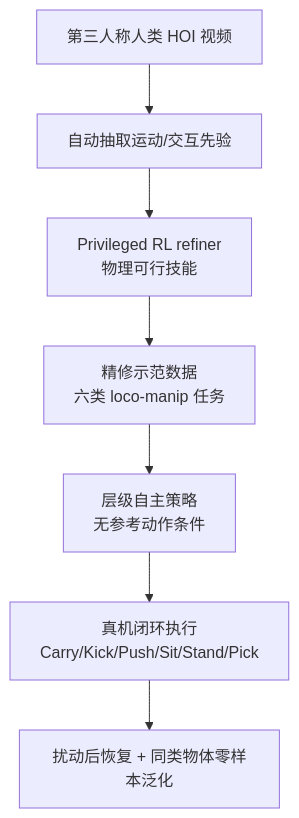
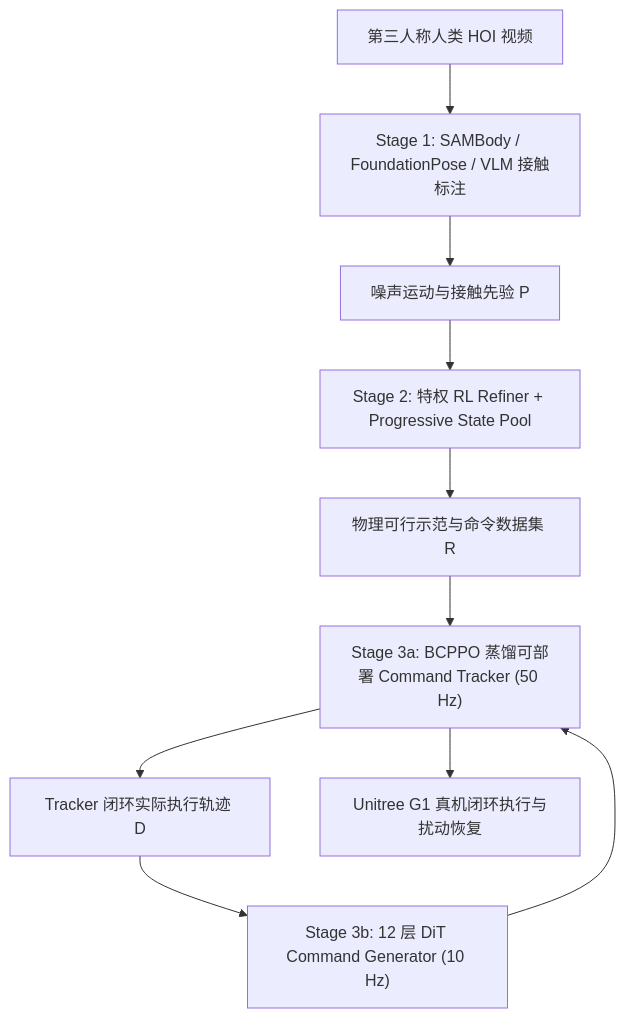
One commit to ImChong/Robotics_Notebooks changed the first of 2 diagrams in wiki/entities/paper-loco-manip-161-076-sugar.md. Above: the diagram before and after it, drawn with Mermaid. The commit also changed other lines of this file and 151 other files, not shown here.

````diff
--- a/wiki/entities/paper-loco-manip-161-076-sugar.md
+++ b/wiki/entities/paper-loco-manip-161-076-sugar.md
@@ -51,9 +56,12 @@
 ```mermaid
 flowchart TB
-  video["第三人称人类 HOI 视频"] --> prior["自动抽取运动/交互先验"]
-  prior --> refiner["Privileged RL refiner\n物理可行技能"]
-  refiner --> demos["精修示范数据\n六类 loco-manip 任务"]
-  demos --> policy["层级自主策略\n无参考动作条件"]
-  policy --> deploy["真机闭环执行\nCarry/Kick/Push/Sit/Stand/Pick"]
-  deploy --> recover["扰动后恢复 + 同类物体零样本泛化"]
+  vid["第三人称人类 HOI 视频"] --> ext["Stage 1: SAMBody / FoundationPose / VLM 接触标注"]
+  ext --> pri["噪声运动与接触先验 P"]
+  pri --> ref["Stage 2: 特权 RL Refiner + Progressive State Pool"]
+  ref --> rset["物理可行示范与命令数据集 R"]
+  rset --> trk["Stage 3a: BCPPO 蒸馏可部署 Command Tracker (50 Hz)"]
+  trk --> rol["Tracker 闭环实际执行轨迹 D"]
+  rol --> gen["Stage 3b: 12 层 DiT Command Generator (10 Hz)"]
+  gen --> trk
+  trk --> g1["Unitree G1 真机闭环执行与扰动恢复"]
 ```
````
